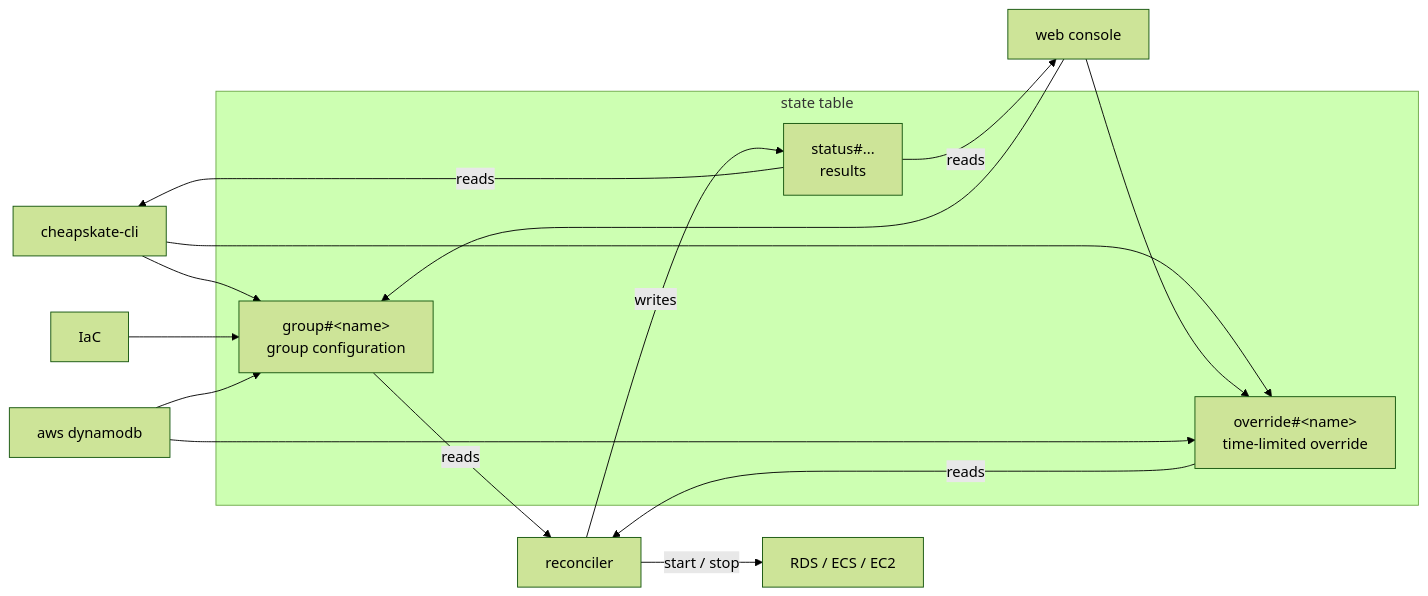
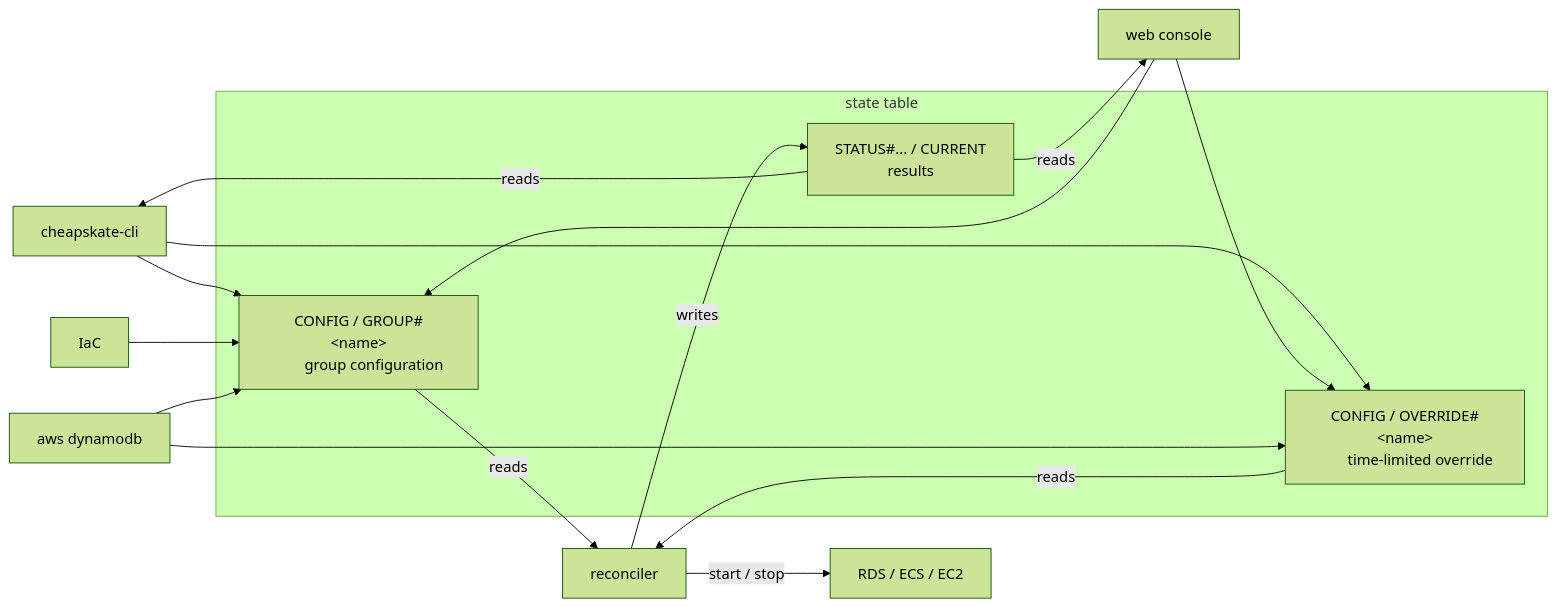
One commit to moepig/cheapskate changed the diagram in docs/en/usage/operations.md. Above: the diagram before and after it, drawn with Mermaid (forest theme). The commit also changed other lines of this file and 15 other files, not shown here.

````diff
--- a/docs/en/usage/operations.md
+++ b/docs/en/usage/operations.md
@@ -7,34 +7,34 @@
 ```mermaid
 flowchart LR
     cli["cheapskate-cli"]
     web["web console"]
     iac["IaC"]
     raw["aws dynamodb"]
 
     subgraph tbl["state table"]
-        grp["group#&lt;name&gt;
+        grp["CONFIG / GROUP#&lt;name&gt;
         group configuration"]
-        ovr["override#&lt;name&gt;
+        ovr["CONFIG / OVERRIDE#&lt;name&gt;
         time-limited override"]
-        st["status#...
+        st["STATUS#... / CURRENT
         results"]
     end
 
     rec["reconciler"]
     aws["RDS / ECS / EC2"]
 
     cli --> grp
     cli --> ovr
     web --> grp
     web --> ovr
     iac --> grp
     raw --> grp
     raw --> ovr
 
     grp -- reads --> rec
     ovr -- reads --> rec
     rec -- writes --> st
     st -- reads --> cli
     st -- reads --> web
     rec -- "start / stop" --> aws
 ```
````
